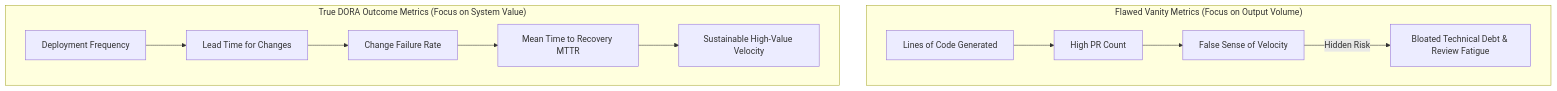
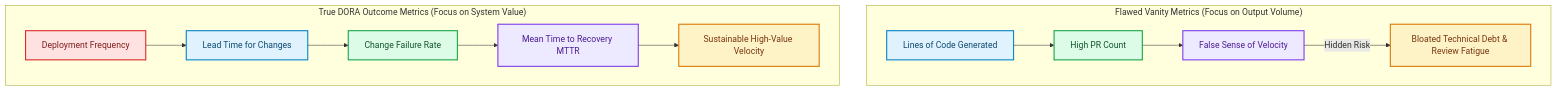
One commit to akmalkhaniub/akmalkhaniub.github.io changed the diagram in blog/posts/tech-lead-measuring-real-engineering-productivity-dora-metrics.md. Above: the diagram before and after it, drawn with Mermaid. The commit also changed other lines of this file and 1291 other files, not shown here.

First line of the commit message:
feat(catalog): unique covers, scholarly references, and diagram palettes

````diff
--- a/blog/posts/tech-lead-measuring-real-engineering-productivity-dora-metrics.md
+++ b/blog/posts/tech-lead-measuring-real-engineering-productivity-dora-metrics.md
@@ -15,14 +15,25 @@
 ```mermaid
 flowchart TD
   subgraph SG1_FlawedVanityMetrics ["Flawed Vanity Metrics (Focus on Output Volume)"]
-    A[Lines of Code Generated] --> B[High PR Count]
-    B --> C[False Sense of Velocity]
-    C -->|Hidden Risk| D[Bloated Technical Debt & Review Fatigue]
+    A["Lines of Code Generated"] --> B["High PR Count"]
+    B --> C["False Sense of Velocity"]
+    C -->|Hidden Risk| D["Bloated Technical Debt & Review Fatigue"]
   end
   subgraph SG2_TrueDoraOutcome ["True DORA Outcome Metrics (Focus on System Value)"]
-    E[Deployment Frequency] --> F[Lead Time for Changes]
-    F --> G[Change Failure Rate]
-    G --> H[Mean Time to Recovery MTTR]
-    H --> I[Sustainable High-Value Velocity]
+    E["Deployment Frequency"] --> F["Lead Time for Changes"]
+    F --> G["Change Failure Rate"]
+    G --> H["Mean Time to Recovery MTTR"]
+    H --> I["Sustainable High-Value Velocity"]
   end
+
+classDef green fill:#dcfce7,stroke:#16a34a,stroke-width:2px,color:#14532d;
+classDef red fill:#fee2e2,stroke:#dc2626,stroke-width:2px,color:#7f1d1d;
+classDef blue fill:#e0f2fe,stroke:#0284c7,stroke-width:2px,color:#0c4a6e;
+classDef yellow fill:#fef3c7,stroke:#d97706,stroke-width:2px,color:#78350f;
+classDef purple fill:#ede9fe,stroke:#7c3aed,stroke-width:2px,color:#4c1d95;
+class A,F blue
+class B,G green
+class C,H purple
+class D,I yellow
+class E red
 ```
````
